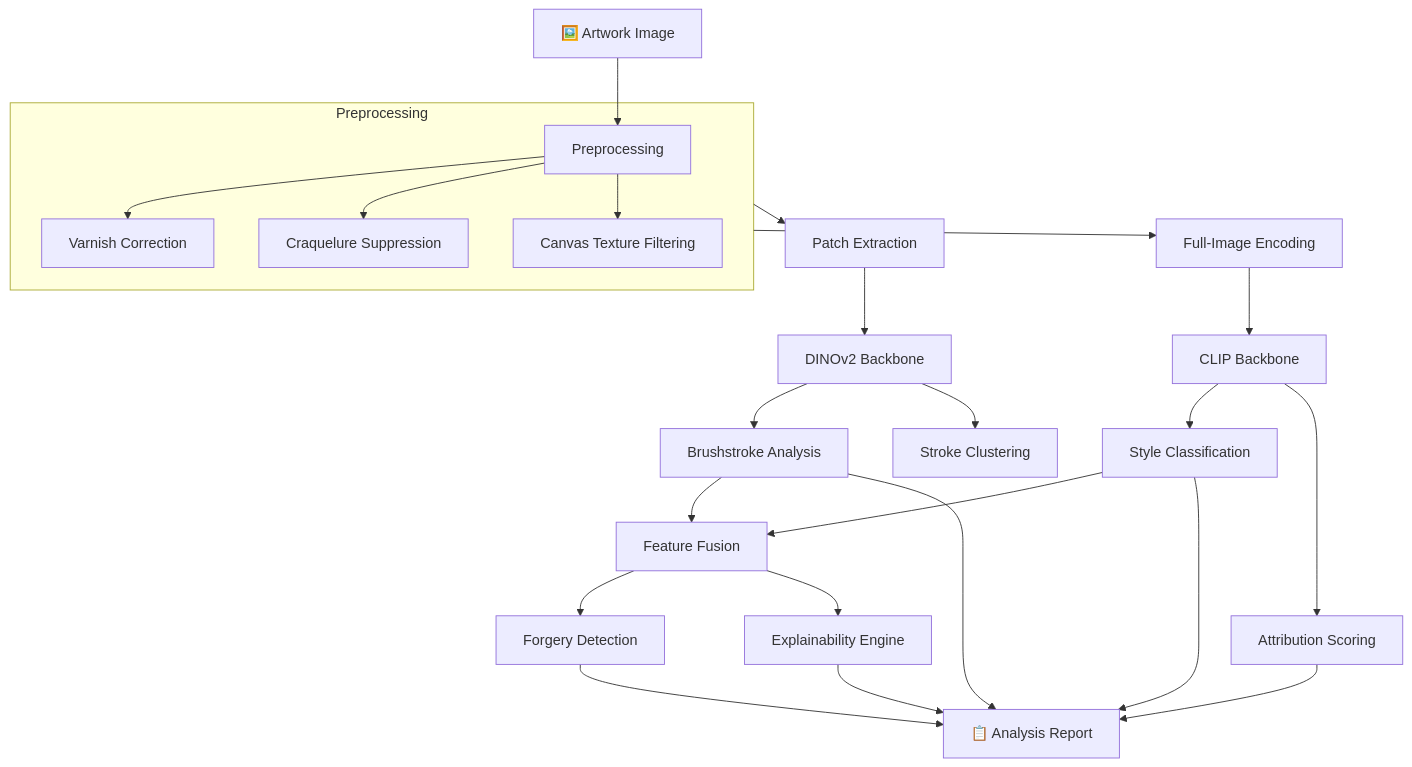
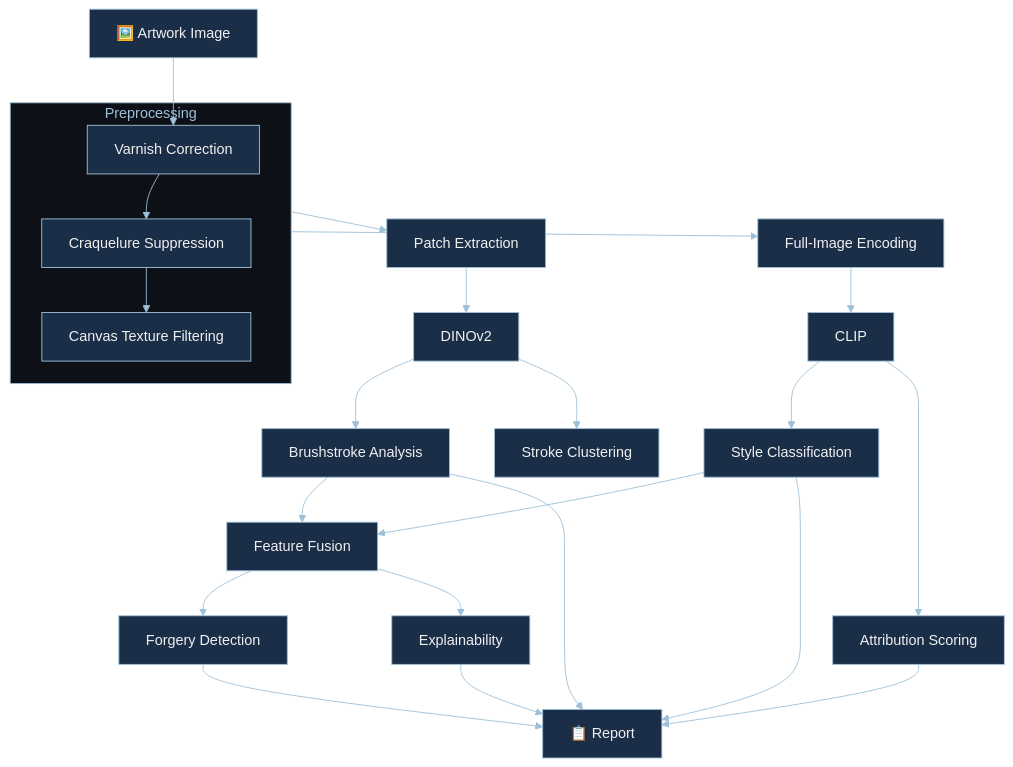
Before and after one commit to ladyFaye1998/ArtSleuth: the diagram in README.md, drawn with Mermaid. The commit also changed other lines of this file, not shown here.

````diff
--- a/README.md
+++ b/README.md
@@ -67,32 +92,33 @@
 ```mermaid
+%%{init: {'theme': 'base', 'themeVariables': {'primaryColor': '#1A2E48', 'primaryTextColor': '#F0F0F0', 'primaryBorderColor': '#9DC0D8', 'lineColor': '#9DC0D8', 'secondaryColor': '#1A2E48', 'tertiaryColor': '#1A2E48', 'edgeLabelBackground': '#0D1117', 'clusterBkg': '#0D1117', 'clusterBorder': '#9DC0D8', 'titleColor': '#9DC0D8'}}}%%
+
 graph TD
-    Input["🖼️ Artwork Image"] --> Preprocess["Preprocessing"]
+    Input["🖼️ Artwork Image"] --> Preprocess
 
     subgraph prep ["Preprocessing"]
-        Preprocess --> Varnish["Varnish Correction"]
-        Preprocess --> Crack["Craquelure Suppression"]
-        Preprocess --> Canvas["Canvas Texture Filtering"]
+        Preprocess["Varnish Correction"] --> Crack["Craquelure Suppression"]
+        Crack --> Canvas["Canvas Texture Filtering"]
     end
 
     prep --> Patches["Patch Extraction"]
     prep --> FullImage["Full-Image Encoding"]
 
-    Patches --> DINO["DINOv2 Backbone"]
-    FullImage --> CLIP["CLIP Backbone"]
+    Patches --> DINO["DINOv2"]
+    FullImage --> CLIP["CLIP"]
 
     DINO --> Brushstroke["Brushstroke Analysis"]
     DINO --> BrushCluster["Stroke Clustering"]
     CLIP --> Style["Style Classification"]
     CLIP --> Attribution["Attribution Scoring"]
 
     Brushstroke --> Fusion["Feature Fusion"]
     Style --> Fusion
     Fusion --> Forgery["Forgery Detection"]
-    Fusion --> Explain["Explainability Engine"]
+    Fusion --> Explain["Explainability"]
 
-    Forgery --> Report["📋 Analysis Report"]
+    Forgery --> Report["📋 Report"]
     Attribution --> Report
     Style --> Report
     Brushstroke --> Report
     Explain --> Report
 ```
````
